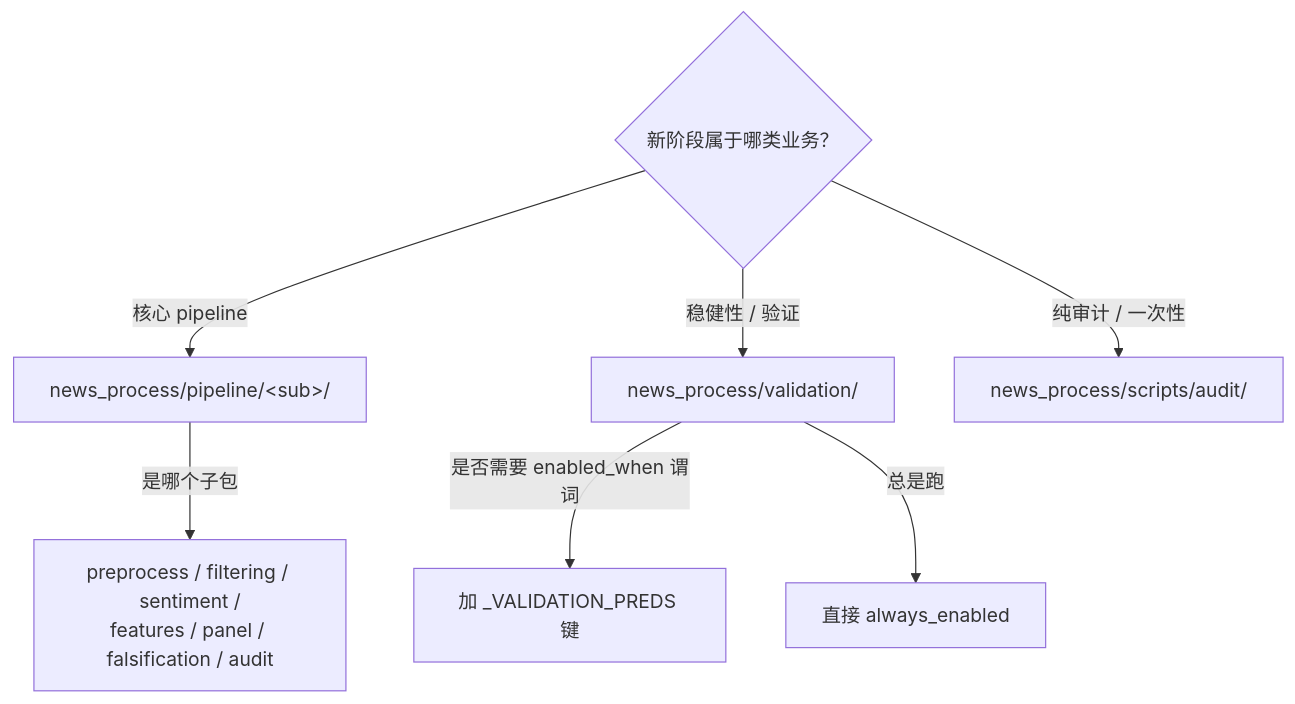
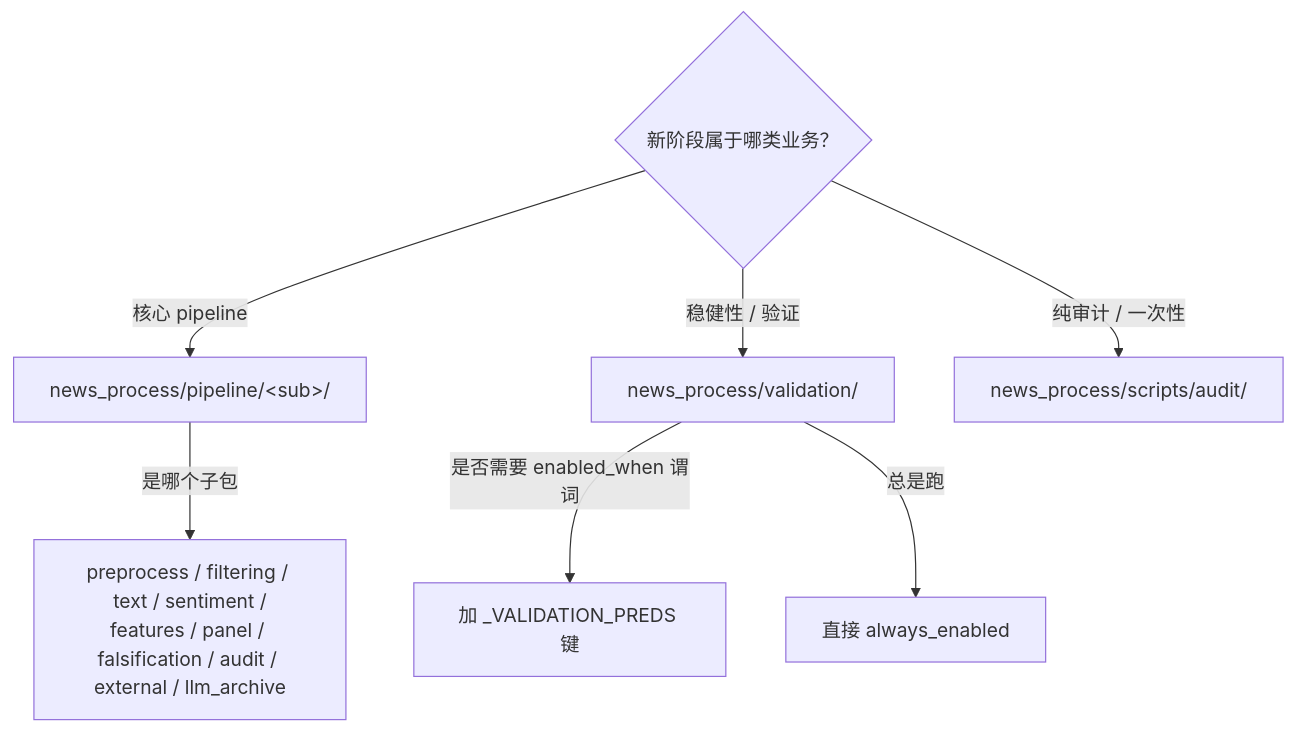
One commit to lizhenbimsa/data_antigravity_project changed the diagram in docs/guides/adding_stage.md. Above: the diagram before and after it, drawn with Mermaid. The commit also changed other lines of this file and 9 other files, not shown here.

````diff
--- a/docs/guides/adding_stage.md
+++ b/docs/guides/adding_stage.md
@@ -7,11 +7,11 @@
 ```{mermaid}
 graph TD
     Q1{新阶段属于哪类业务？}
     Q1 -->|核心 pipeline| P[news_process/pipeline/&lt;sub&gt;/]
     Q1 -->|稳健性 / 验证| V[news_process/validation/]
     Q1 -->|纯审计 / 一次性| A[news_process/scripts/audit/]
 
-    P -->|是哪个子包| P1[preprocess / filtering / sentiment /<br/>features / panel / falsification / audit]
+    P -->|是哪个子包| P1[preprocess / filtering / text / sentiment /<br/>features / panel / falsification / audit / external / llm_archive]
     V -->|是否需要 enabled_when 谓词| Vy[加 _VALIDATION_PREDS 键]
     V -->|总是跑| Vn[直接 always_enabled]
 ```
````
